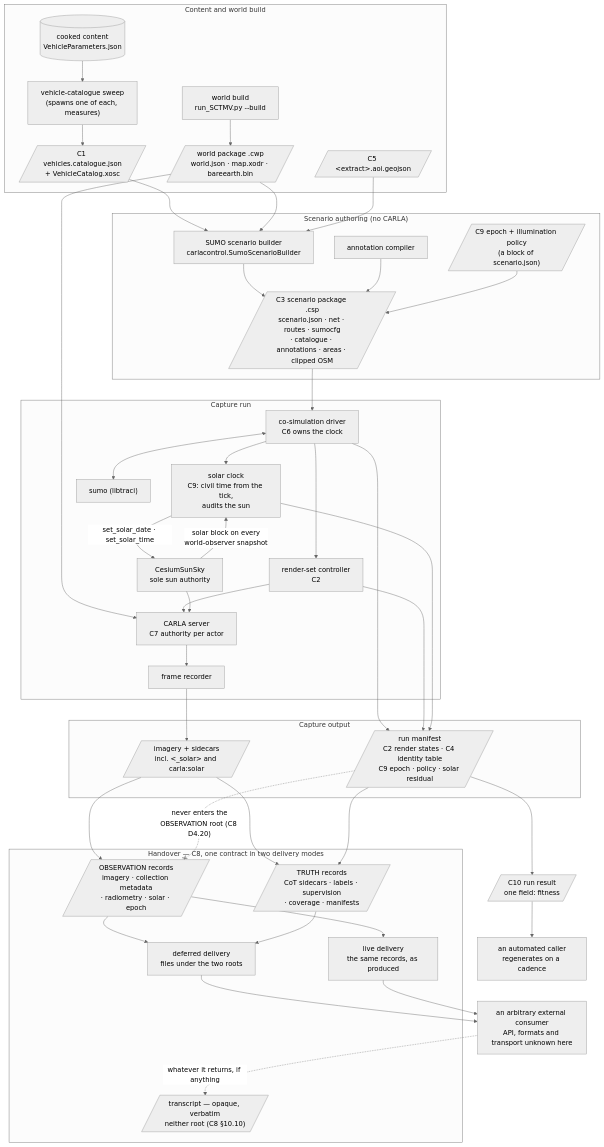
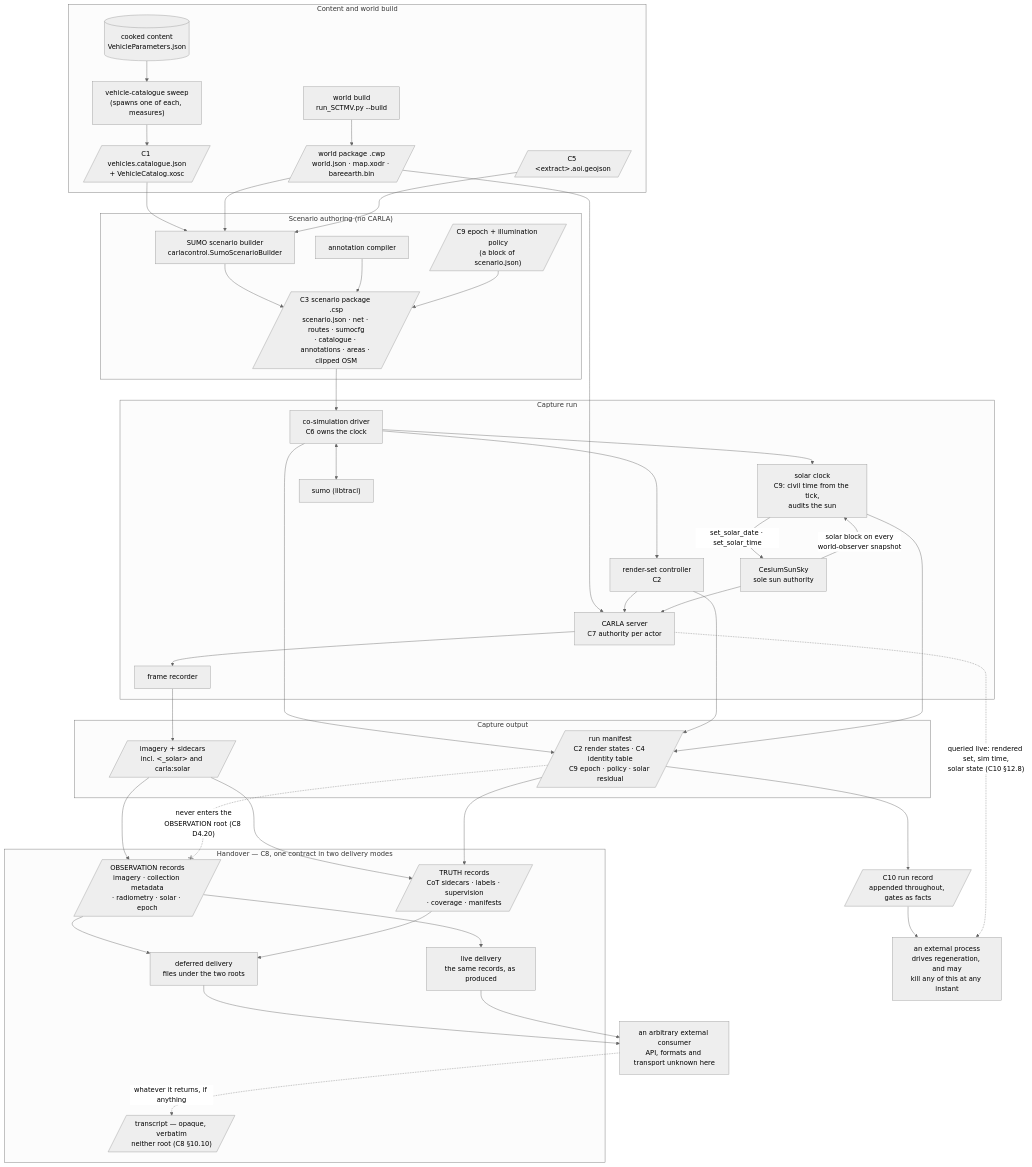
One commit to sbrett9/carla changed the first of 7 diagrams in Docs/CAT_Research/Plans/SUMO_Behavioral_Capture/04_Contracts.md. Above: the diagram before and after it, drawn with Mermaid (neutral theme). The commit also changed other lines of this file and 14 other files, not shown here.

First line of the commit message:
Hand run control to the caller, stop rendering traffic lights

````diff
--- a/Docs/CAT_Research/Plans/SUMO_Behavioral_Capture/04_Contracts.md
+++ b/Docs/CAT_Research/Plans/SUMO_Behavioral_Capture/04_Contracts.md
@@ -169,79 +141,80 @@
 ```mermaid
 flowchart TB
   subgraph build["Content and world build"]
     CONTENT[("cooked content<br/>VehicleParameters.json")]
     SWEEP["vehicle-catalogue sweep<br/>(spawns one of each, measures)"]
     CAT[/"C1 vehicles.catalogue.json<br/>+ VehicleCatalog.xosc"/]
     WORLDGEN["world build<br/>run_SCTMV.py --build"]
     CWP[/"world package .cwp<br/>world.json · map.xodr · bareearth.bin"/]
     AOI[/"C5 &lt;extract&gt;.aoi.geojson"/]
   end
 
   subgraph author["Scenario authoring (no CARLA)"]
     BUILDER["SUMO scenario builder<br/>carlacontrol.SumoScenarioBuilder"]
     ANNOT["annotation compiler"]
     EPOCH[/"C9 epoch + illumination policy<br/>(a block of scenario.json)"/]
     CSP[/"C3 scenario package .csp<br/>scenario.json · net · routes · sumocfg<br/>· catalogue · annotations · areas · clipped OSM"/]
   end
 
   subgraph run["Capture run"]
     DRIVER["co-simulation driver<br/>C6 owns the clock"]
     CLOCK["solar clock<br/>C9: civil time from the tick,<br/>audits the sun"]
     SUMO["sumo (libtraci)"]
     RSC["render-set controller<br/>C2"]
     SERVER["CARLA server<br/>C7 authority per actor"]
     SUN["CesiumSunSky<br/>sole sun authority"]
     REC["frame recorder"]
   end
 
   subgraph out["Capture output"]
     IMG[/"imagery + sidecars<br/>incl. &lt;_solar&gt; and carla:solar"/]
     MAN[/"run manifest<br/>C2 render states · C4 identity table<br/>C9 epoch · policy · solar residual"/]
   end
 
   subgraph handover["Handover — C8, one contract in two delivery modes"]
     OBSR[/"OBSERVATION records<br/>imagery · collection metadata<br/>· radiometry · solar · epoch"/]
     TRUR[/"TRUTH records<br/>CoT sidecars · labels · supervision<br/>· coverage · manifests"/]
     DEFD["deferred delivery<br/>files under the two roots"]
     LIVED["live delivery<br/>the same records, as produced"]
     TRX[/"transcript — opaque, verbatim<br/>neither root (C8 §10.10)"/]
   end
-  RES[/"C10 run result<br/>one field: fitness"/]
+  RES[/"C10 run record<br/>appended throughout, gates as facts"/]
   EXT["an arbitrary external consumer<br/>API, formats and transport unknown here"]
-  AUTO["an automated caller<br/>regenerates on a cadence"]
+  AUTO["an external process<br/>drives regeneration, and may<br/>kill any of this at any instant"]
 
   CONTENT --> SWEEP --> CAT
   WORLDGEN --> CWP
   CAT --> BUILDER
   CWP --> BUILDER
   AOI --> BUILDER
   BUILDER --> CSP
   ANNOT --> CSP
   EPOCH --> CSP
   CSP --> DRIVER
   CWP --> SERVER
   DRIVER <--> SUMO
   DRIVER --> RSC
   DRIVER --> CLOCK
   CLOCK -->|"set_solar_date · set_solar_time"| SUN
   SUN -->|"solar block on every<br/>world-observer snapshot"| CLOCK
   RSC --> SERVER
   SUN --> SERVER
   SERVER --> REC
   REC --> IMG
   DRIVER --> MAN
   RSC --> MAN
   CLOCK --> MAN
   IMG --> OBSR
   IMG --> TRUR
   MAN --> TRUR
   OBSR --> DEFD
   TRUR --> DEFD
   OBSR --> LIVED
   DEFD --> EXT
   LIVED --> EXT
   EXT -. "whatever it returns, if anything" .-> TRX
   MAN --> RES
   RES --> AUTO
+  SERVER -. "queried live: rendered set, sim time,<br/>solar state (C10 §12.8)" .-> AUTO
   MAN -. "never enters the<br/>OBSERVATION root (C8 D4.20)" .-x OBSR
 ```
````
